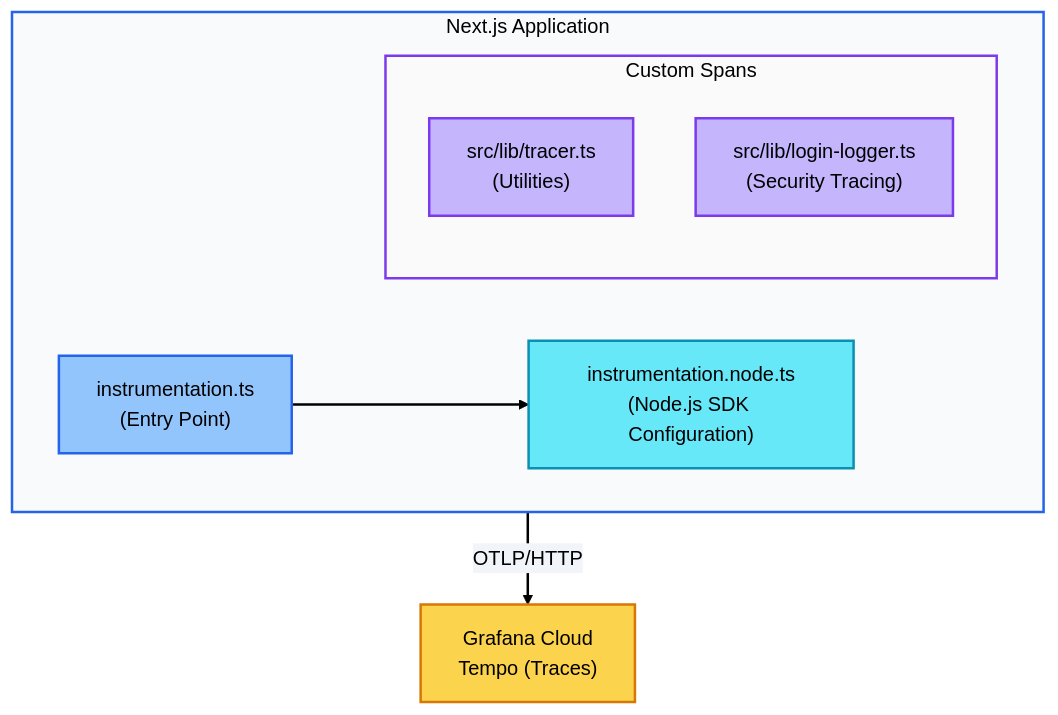
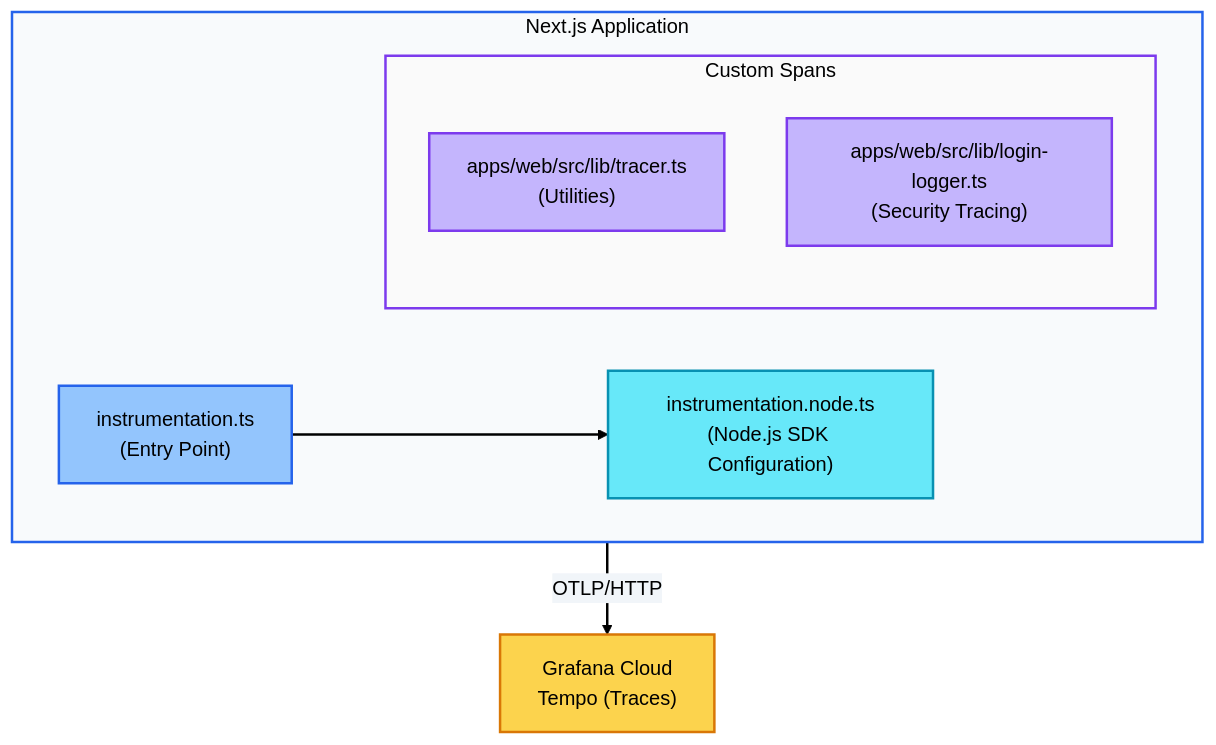
Before and after one commit to 3DHDSoft/devmultiplier-academy: the diagram in docs/opentelemetry_setup.md, drawn with Mermaid. The commit also changed 18 other files, not shown here.

````diff
--- a/docs/opentelemetry_setup.md
+++ b/docs/opentelemetry_setup.md
@@ -13,37 +13,37 @@
 ```mermaid
 %%{init: {'theme': 'base', 'themeVariables': {
   'primaryColor': '#f8fafc',
   'primaryTextColor': '#000000',
   'primaryBorderColor': '#2563eb',
   'lineColor': '#000000',
   'secondaryColor': '#fafafa',
   'tertiaryColor': '#f5f5f5',
   'background': '#ffffff',
   'textColor': '#000000',
   'edgeLabelBackground': '#f1f5f9',
   'fontFamily': 'system-ui, -apple-system, sans-serif'
 }}}%%
 graph TB
     subgraph app["Next.js Application"]
         subgraph custom["Custom Spans"]
-            tracer["src/lib/tracer.ts<br/>(Utilities)"]
-            logger["src/lib/login-logger.ts<br/>(Security Tracing)"]
+            tracer["apps/web/src/lib/tracer.ts<br/>(Utilities)"]
+            logger["apps/web/src/lib/login-logger.ts<br/>(Security Tracing)"]
         end
 
         entry["instrumentation.ts<br/>(Entry Point)"]
         sdk["instrumentation.node.ts<br/>(Node.js SDK Configuration)"]
         entry --> sdk
     end
 
     app -->|OTLP/HTTP| grafana["Grafana Cloud<br/>Tempo (Traces)"]
 
     style app fill:#f8fafc,stroke:#2563eb,stroke-width:2px,color:#000000
     style custom fill:#fafafa,stroke:#7c3aed,stroke-width:2px,color:#000000
     style tracer fill:#c4b5fd,stroke:#7c3aed,color:#000000,stroke-width:2px
     style logger fill:#c4b5fd,stroke:#7c3aed,color:#000000,stroke-width:2px
     style entry fill:#93c5fd,stroke:#2563eb,color:#000000,stroke-width:2px
     style sdk fill:#67e8f9,stroke:#0891b2,color:#000000,stroke-width:2px
     style grafana fill:#fcd34d,stroke:#d97706,stroke-width:2px,color:#000000
 
     linkStyle default stroke:#000000,stroke-width:2px
 ```
````
